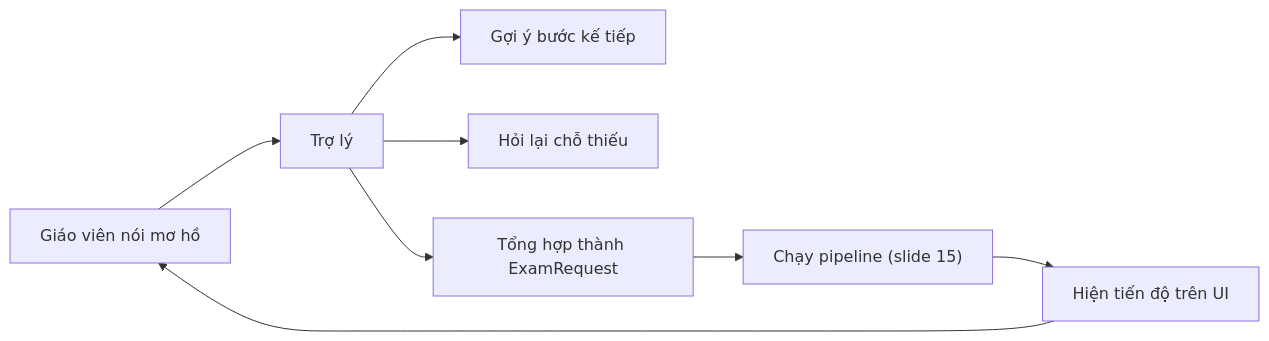
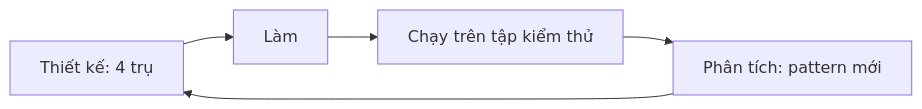
Diagram 15 of 16 in docs/ct-slide-plan.md (ndmhuy/ASTRA), drawn with Mermaid before and after one commit. The commit also changed other lines of this file and 1 other file, not shown here.

First line of the commit message:
docs(slides): apply team review to CT slide plan (v2)

````diff
--- a/docs/ct-slide-plan.md
+++ b/docs/ct-slide-plan.md
@@ -735,10 +636,7 @@
 ```mermaid
 flowchart LR
-    U["Giáo viên nói mơ hồ"] --> AS["Trợ lý"]
-    AS --> S1["Gợi ý bước kế tiếp"]
-    AS --> S2["Hỏi lại chỗ thiếu"]
-    AS --> S3["Tổng hợp thành ExamRequest"]
-    S3 --> RUN["Chạy pipeline (slide 15)"]
-    RUN --> PR["Hiện tiến độ trên UI"]
-    PR --> U
+    DS["Thiết kế: 4 trụ"] --> IM["Làm"]
+    IM --> SM["Chạy trên tập kiểm thử"]
+    SM --> AN["Phân tích: pattern mới"]
+    AN --> DS
 ```
````
